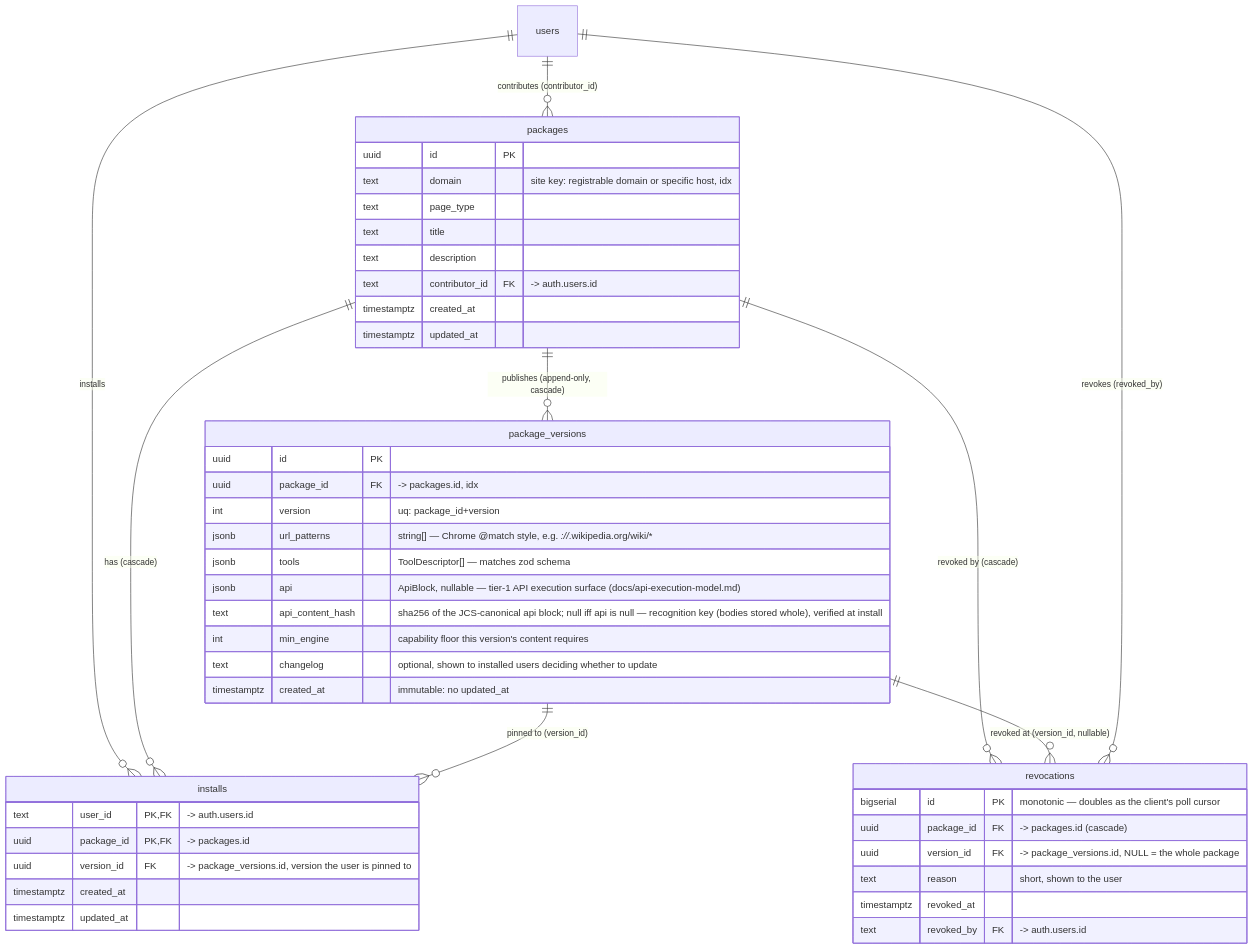
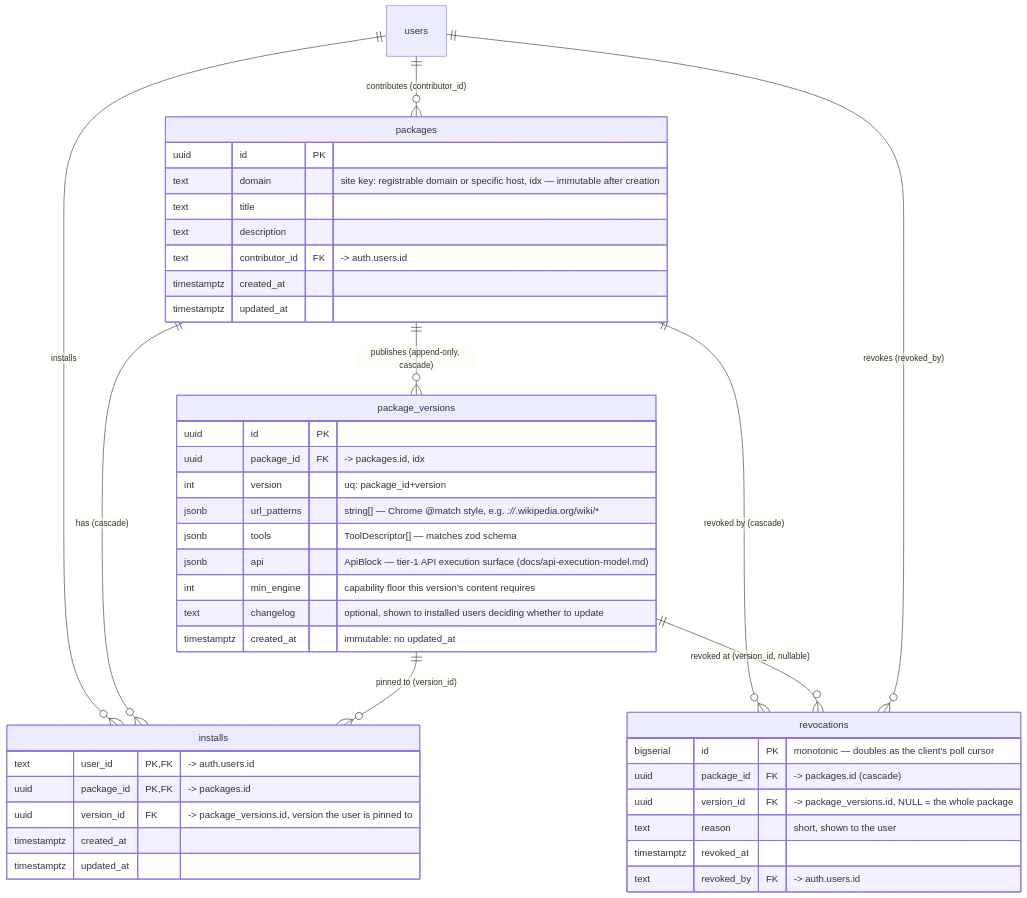
One commit to robertn702/webmcp-today changed the first of 2 diagrams in docs/erd.md. Above: the diagram before and after it, drawn with Mermaid. The commit also changed other lines of this file and 43 other files, not shown here.

````diff
--- a/docs/erd.md
+++ b/docs/erd.md
@@ -15,52 +15,50 @@
 ```mermaid
 erDiagram
     users ||--o{ packages : "contributes (contributor_id)"
     users ||--o{ installs : installs
     packages ||--o{ package_versions : "publishes (append-only, cascade)"
     packages ||--o{ installs : "has (cascade)"
     package_versions ||--o{ installs : "pinned to (version_id)"
     packages ||--o{ revocations : "revoked by (cascade)"
     package_versions ||--o{ revocations : "revoked at (version_id, nullable)"
     users ||--o{ revocations : "revokes (revoked_by)"
 
     packages {
         uuid id PK
-        text domain "site key: registrable domain or specific host, idx"
-        text page_type
+        text domain "site key: registrable domain or specific host, idx — immutable after creation"
         text title
         text description
         text contributor_id FK "-> auth.users.id"
         timestamptz created_at
         timestamptz updated_at
     }
 
     package_versions {
         uuid id PK
         uuid package_id FK "-> packages.id, idx"
         int version "uq: package_id+version"
         jsonb url_patterns "string[] — Chrome @match style, e.g. *://*.wikipedia.org/wiki/*"
         jsonb tools "ToolDescriptor[] — matches zod schema"
-        jsonb api "ApiBlock, nullable — tier-1 API execution surface (docs/api-execution-model.md)"
-        text api_content_hash "sha256 of the JCS-canonical api block; null iff api is null — recognition key (bodies stored whole), verified at install"
+        jsonb api "ApiBlock — tier-1 API execution surface (docs/api-execution-model.md)"
         int min_engine "capability floor this version's content requires"
         text changelog "optional, shown to installed users deciding whether to update"
         timestamptz created_at "immutable: no updated_at"
     }
 
     installs {
         text user_id PK,FK "-> auth.users.id"
         uuid package_id PK,FK "-> packages.id"
         uuid version_id FK "-> package_versions.id, version the user is pinned to"
         timestamptz created_at
         timestamptz updated_at
     }
 
     revocations {
         bigserial id PK "monotonic — doubles as the client's poll cursor"
         uuid package_id FK "-> packages.id (cascade)"
         uuid version_id FK "-> package_versions.id, NULL = the whole package"
         text reason "short, shown to the user"
         timestamptz revoked_at
         text revoked_by FK "-> auth.users.id"
     }
 ```
````
